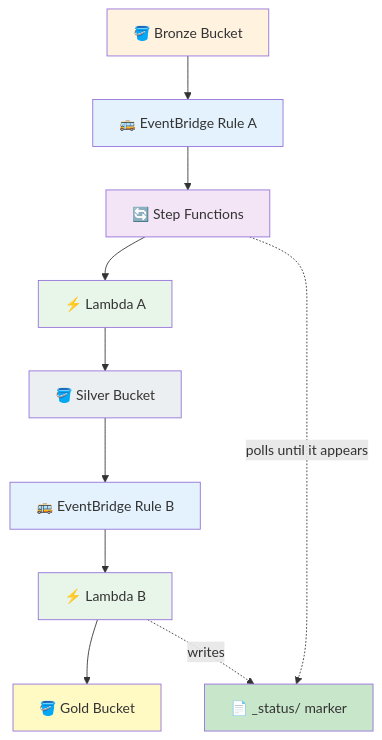
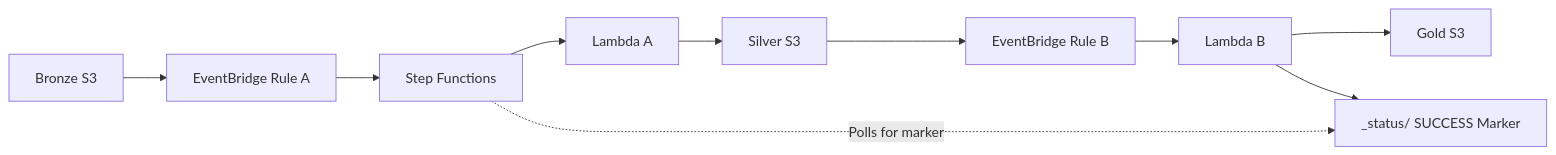
The diagram in 14) s3 bronze to silver to gold/01) README.md (Kshitijavir/aws-pipelines-september-2026), drawn with Mermaid before and after one commit. The commit also changed other lines of this file, not shown here.

First line of the commit message:
Revise README for Bronze to Gold pipeline documentation

````diff
--- a/14) s3 bronze to silver to gold/01) README.md
+++ b/14) s3 bronze to silver to gold/01) README.md
@@ -393,22 +39,12 @@
 ```mermaid
-graph TD
-    Bronze["🪣 Bronze Bucket"] --> RuleA["🚌 EventBridge Rule A"]
-    RuleA --> SF["🔄 Step Functions"]
-    SF --> LambdaA["⚡ Lambda A"]
-    LambdaA --> Silver["🪣 Silver Bucket"]
-    Silver --> RuleB["🚌 EventBridge Rule B"]
-    RuleB --> LambdaB["⚡ Lambda B"]
-    LambdaB --> Gold["🪣 Gold Bucket"]
-    LambdaB -.->|writes| Marker["📄 _status/ marker"]
-    SF -.->|polls until it appears| Marker
-
-    style Bronze fill:#fff3e0
-    style Silver fill:#eceff1
-    style Gold fill:#fff9c4
-    style RuleA fill:#e3f2fd
-    style RuleB fill:#e3f2fd
-    style SF fill:#f3e5f5
-    style LambdaA fill:#e8f5e9
-    style LambdaB fill:#e8f5e9
-    style Marker fill:#c8e6c9
+flowchart LR
+    A["Bronze S3"] --> B["EventBridge Rule A"]
+    B --> C["Step Functions"]
+    C --> D["Lambda A"]
+    D --> E["Silver S3"]
+    E --> F["EventBridge Rule B"]
+    F --> G["Lambda B"]
+    G --> H["Gold S3"]
+    G --> I["_status/ SUCCESS Marker"]
+    C -.->|Polls for marker| I
 ```
````
